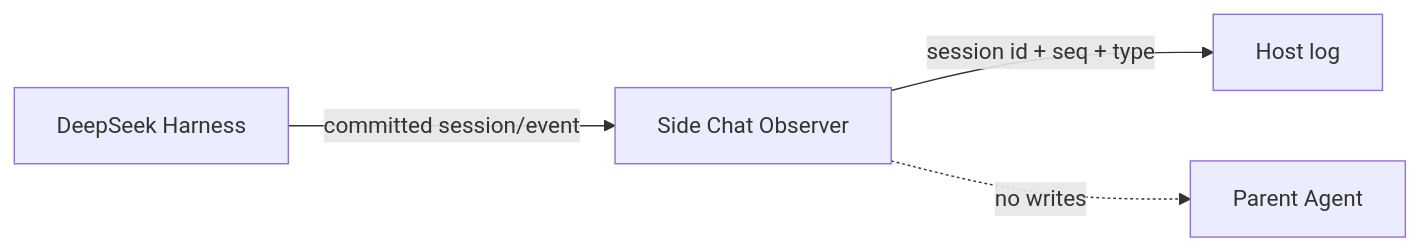
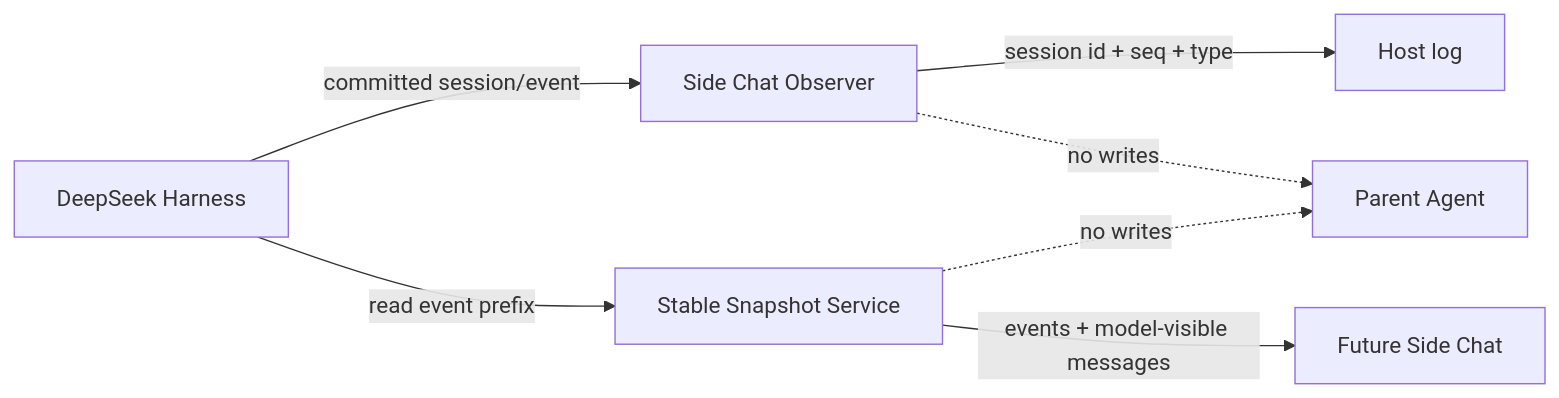
The diagram in README.md (Glaz-j/dsh-sidechat), drawn with Mermaid before and after one commit. The commit also changed other lines of this file and 7 other files, not shown here.

````diff
--- a/README.md
+++ b/README.md
@@ -16,6 +18,9 @@
 ```mermaid
 flowchart LR
     DSH[DeepSeek Harness] -->|committed session/event| O[Side Chat Observer]
     O -->|session id + seq + type| L[Host log]
+    DSH -->|read event prefix| S[Stable Snapshot Service]
+    S -->|events + model-visible messages| C[Future Side Chat]
     O -. no writes .-> P[Parent Agent]
+    S -. no writes .-> P
 ```
````
